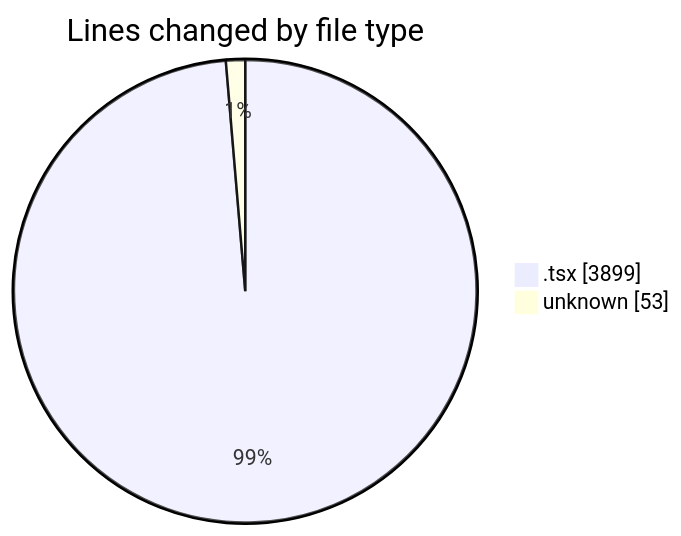
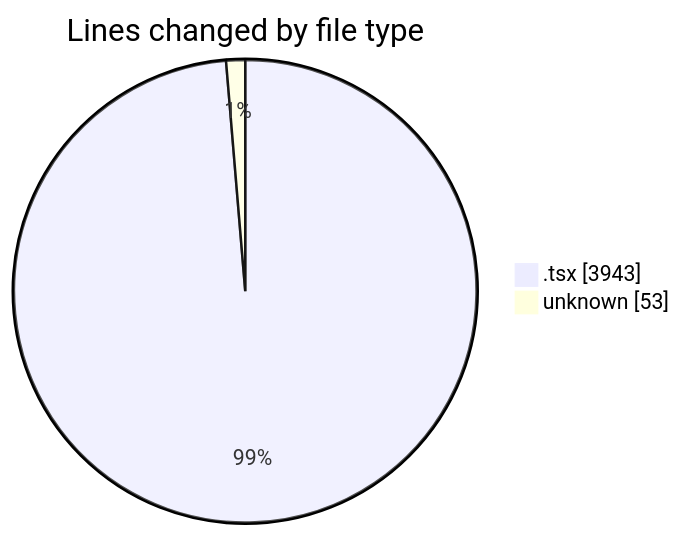
One commit to JenPaints/code-tracking changed the first of 2 diagrams in 2025-05-29/kimberly-groups/README.md. Above: the diagram before and after it, drawn with Mermaid. The commit also changed other lines of this file and 1 other file, not shown here.

````diff
--- a/2025-05-29/kimberly-groups/README.md
+++ b/2025-05-29/kimberly-groups/README.md
@@ -28,6 +28,6 @@
 ```mermaid
 pie showData
 title Lines changed by file type
-".tsx" : 3899
+".tsx" : 3943
 "unknown" : 53
 ```
````
